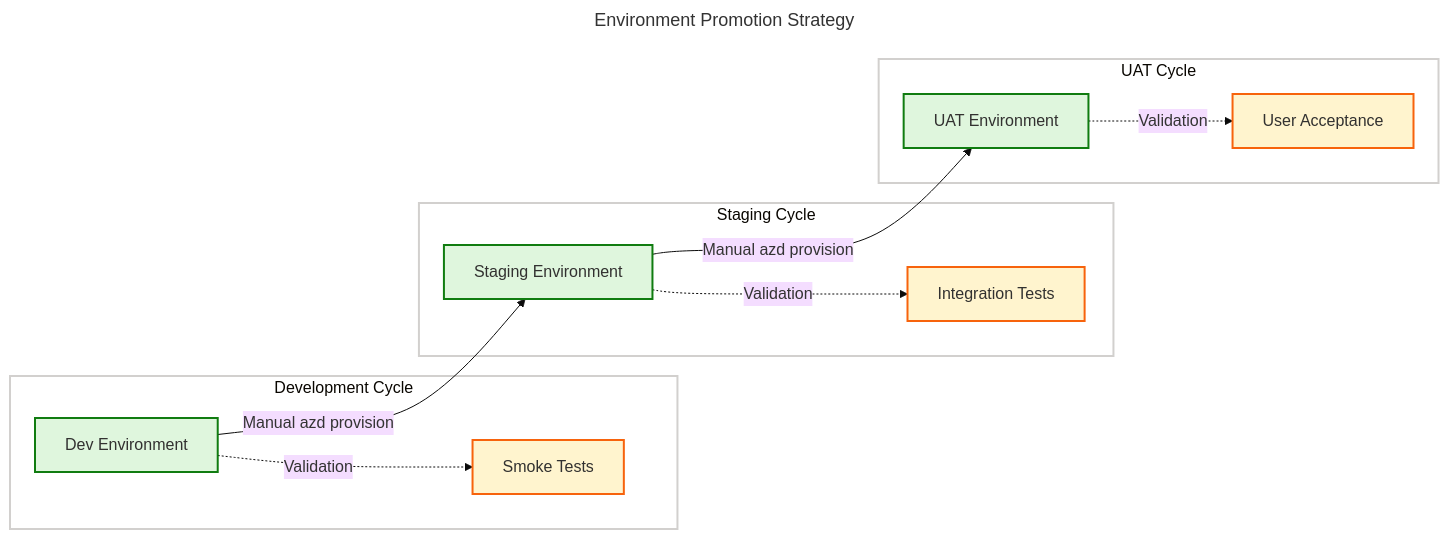
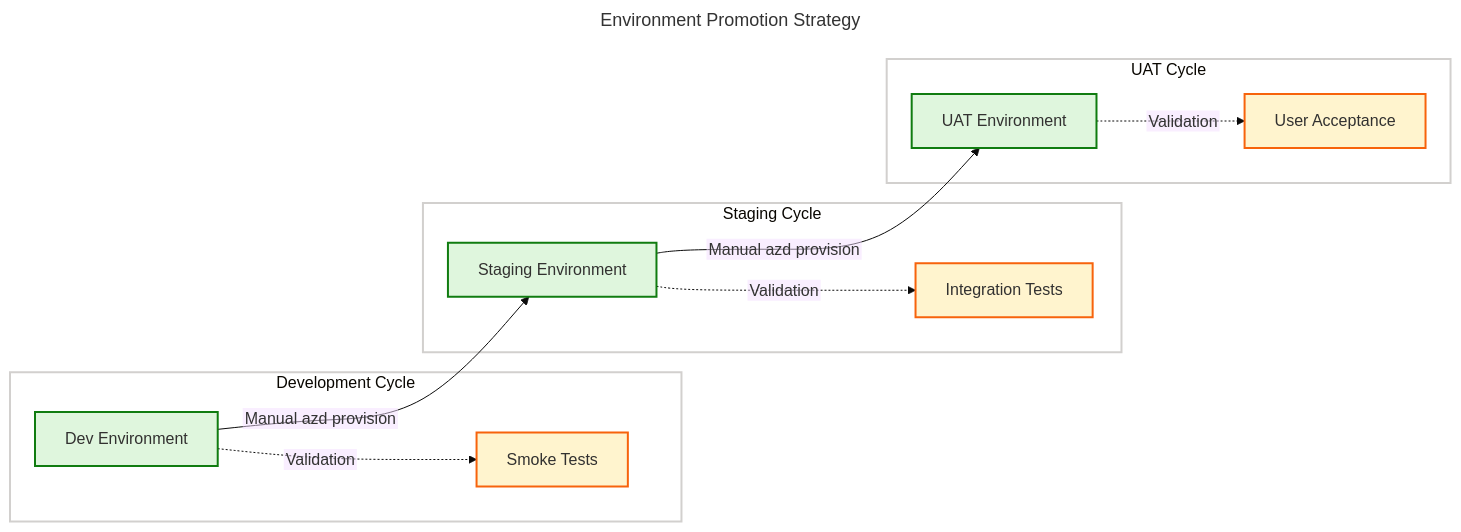
The first of 4 diagrams in docs/architecture/DevOps-Architecture.md (Evilazaro/DevExp-DevBox), drawn with Mermaid before and after one commit. The commit also changed other lines of this file and 2 other files, not shown here.

Commit message:
Update flowchart curve style from 'cardinal' to 'basis' in architecture documentation

````diff
--- a/docs/architecture/DevOps-Architecture.md
+++ b/docs/architecture/DevOps-Architecture.md
@@ -1013,44 +1123,62 @@
 ```mermaid
 ---
 title: Environment Promotion Strategy
 config:
   theme: base
   themeVariables:
     fontSize: '16px'
+  flowchart:
+    htmlLabels: false
 ---
 flowchart LR
     accTitle: Environment Promotion Flow
-    accDescr: Shows how infrastructure changes flow from dev to staging to UAT
+    accDescr: Shows how infrastructure changes flow from dev to staging to UAT with validation gates at each stage. WCAG AA compliant.
 
     Dev[Dev Environment] -->|Manual azd provision| Staging[Staging Environment]
     Staging -->|Manual azd provision| UAT[UAT Environment]
-    
+
     Dev -.->|Validation| DevTests[Smoke Tests]
     Staging -.->|Validation| StagingTests[Integration Tests]
     UAT -.->|Validation| UATTests[User Acceptance]
 
     subgraph DevCycle[Development Cycle]
         Dev
         DevTests
     end
 
     subgraph StagingCycle[Staging Cycle]
         Staging
         StagingTests
     end
 
     subgraph UATCycle[UAT Cycle]
         UAT
         UATTests
     end
 
     classDef envNode fill:#DFF6DD,stroke:#107C10,stroke-width:2px,color:#323130
     classDef testNode fill:#FFF4CE,stroke:#F7630C,stroke-width:2px,color:#323130
 
     class Dev,Staging,UAT envNode
     class DevTests,StagingTests,UATTests testNode
 
+    %% Required classDef palette (ALL 14 - MANDATORY per MRM-D002)
+    classDef level1Group fill:#FFFFFF,stroke:#605E5C,stroke-width:3px,color:#323130
+    classDef level2Group fill:#F3F2F1,stroke:#605E5C,stroke-width:2px,color:#323130
+    classDef level3Group fill:#E1DFDD,stroke:#605E5C,stroke-width:2px,color:#323130
+    classDef level4Group fill:#D2D0CE,stroke:#605E5C,stroke-width:1px,color:#323130
+    classDef mainGroup fill:#FFFFFF,stroke:#605E5C,stroke-width:3px,color:#323130
+    classDef subGroup fill:#F3F2F1,stroke:#605E5C,stroke-width:2px,color:#323130
+    classDef azureBlue fill:#DEECF9,stroke:#004578,stroke-width:2px,color:#323130
+    classDef successGreen fill:#DFF6DD,stroke:#0B6A0B,stroke-width:2px,color:#323130
+    classDef errorRed fill:#FDE7E9,stroke:#A4262C,stroke-width:2px,color:#323130
+    classDef sharedYellow fill:#FFF4CE,stroke:#986F0B,stroke-width:2px,color:#323130
+    classDef warningOrange fill:#FDE7E9,stroke:#8A3707,stroke-width:2px,color:#323130
+    classDef neutralPurple fill:#E1DFDD,stroke:#5B5FC7,stroke-width:2px,color:#323130
+    classDef presenceTeal fill:#C8F0E7,stroke:#00666B,stroke-width:2px,color:#323130
+    classDef neutralGrey fill:#F3F2F1,stroke:#605E5C,stroke-width:2px,color:#323130
+
     style DevCycle fill:#FFFFFF,stroke:#D2D0CE,stroke-width:2px
     style StagingCycle fill:#FFFFFF,stroke:#D2D0CE,stroke-width:2px
     style UATCycle fill:#FFFFFF,stroke:#D2D0CE,stroke-width:2px
 ```
````
